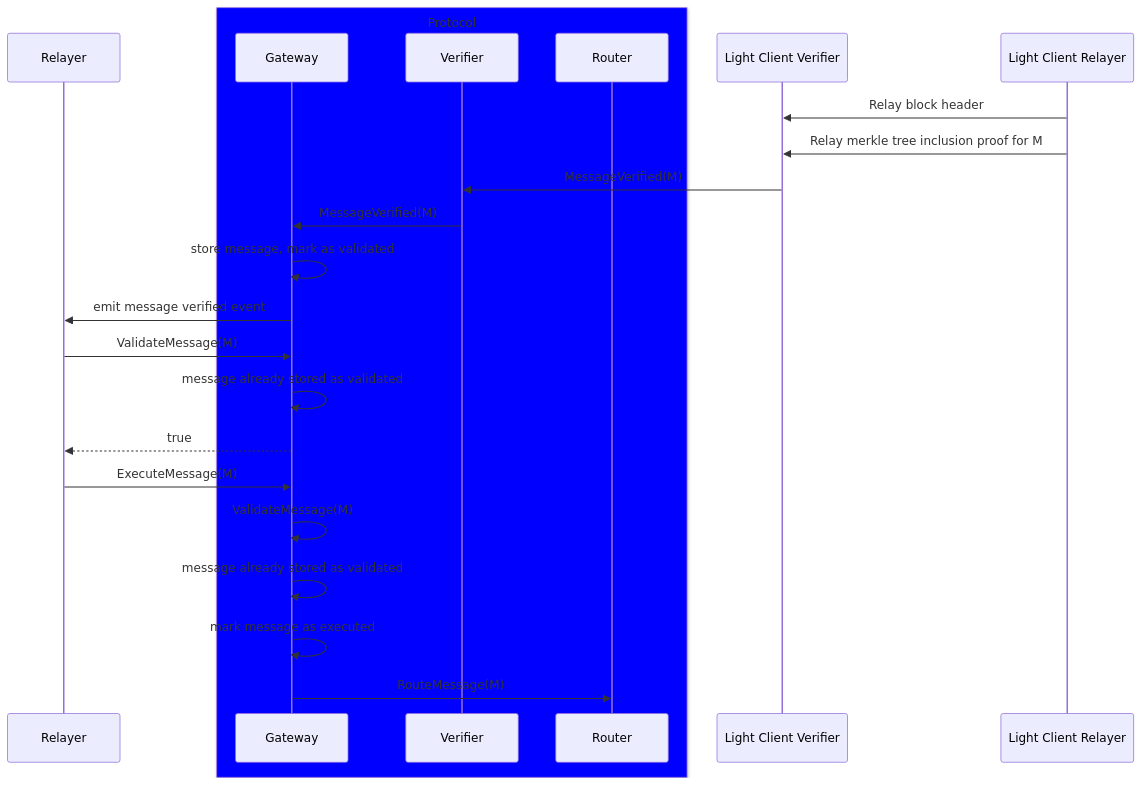
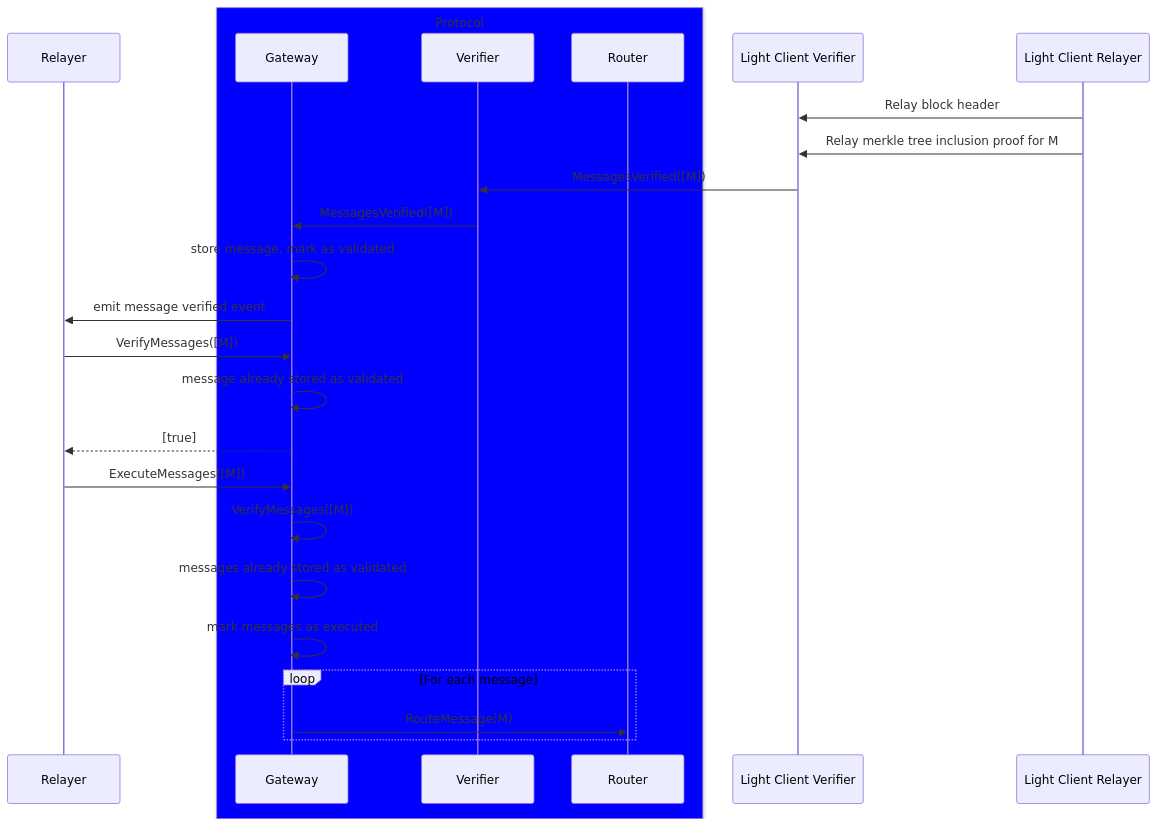
One commit to axelarnetwork/axelar-amplifier changed the eighth of 13 diagrams in README.md. Above: the diagram before and after it, drawn with Mermaid. The commit also changed other lines of this file, not shown here.

````diff
--- a/README.md
+++ b/README.md
@@ -263,28 +275,30 @@
 ```mermaid
 sequenceDiagram
     participant Relayer
     box Blue Protocol
     participant Gateway
     participant Verifier
     participant Router
     end
     participant Light Client Verifier
     participant Light Client Relayer
 
     Light Client Relayer->>Light Client Verifier: Relay block header
     Light Client Relayer->>Light Client Verifier: Relay merkle tree inclusion proof for M
-    Light Client Verifier->>Verifier: MessageVerified(M)
-    Verifier->>Gateway: MessageVerified(M)
+    Light Client Verifier->>Verifier: MessagesVerified([M])
+    Verifier->>Gateway: MessagesVerified([M])
     Gateway->>Gateway: store message, mark as validated
     Gateway->>Relayer: emit message verified event
 
-    Relayer->>Gateway: ValidateMessage(M)
+    Relayer->>Gateway: VerifyMessages([M])
     Gateway->>Gateway: message already stored as validated
-    Gateway-->>Relayer: true
+    Gateway-->>Relayer: [true]
 
-    Relayer->>Gateway: ExecuteMessage(M)
-    Gateway->>Gateway: ValidateMessage(M)
-    Gateway->>Gateway: message already stored as validated
-    Gateway->>Gateway: mark message as executed
-    Gateway->>Router: RouteMessage(M)
+    Relayer->>Gateway: ExecuteMessages([M])
+    Gateway->>Gateway: VerifyMessages([M])
+    Gateway->>Gateway: messages already stored as validated
+    Gateway->>Gateway: mark messages as executed
+    loop For each message
+        Gateway->>Router: RouteMessage(M)
+    end
 ```
````
